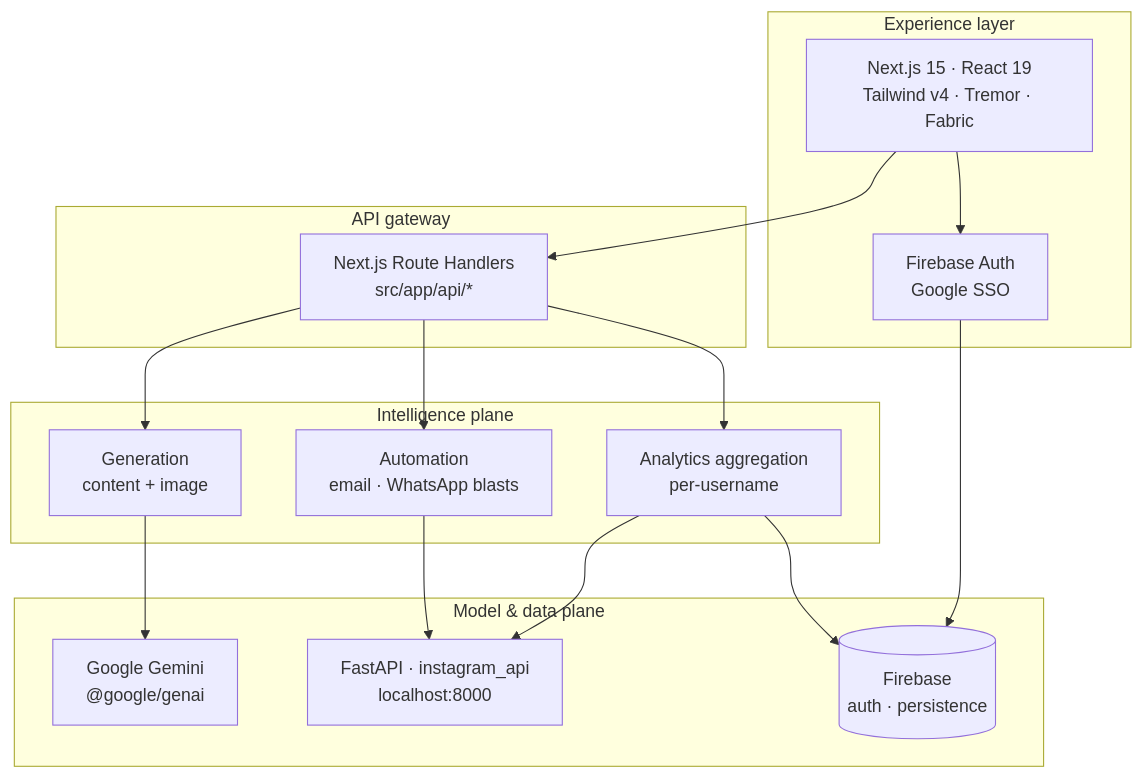
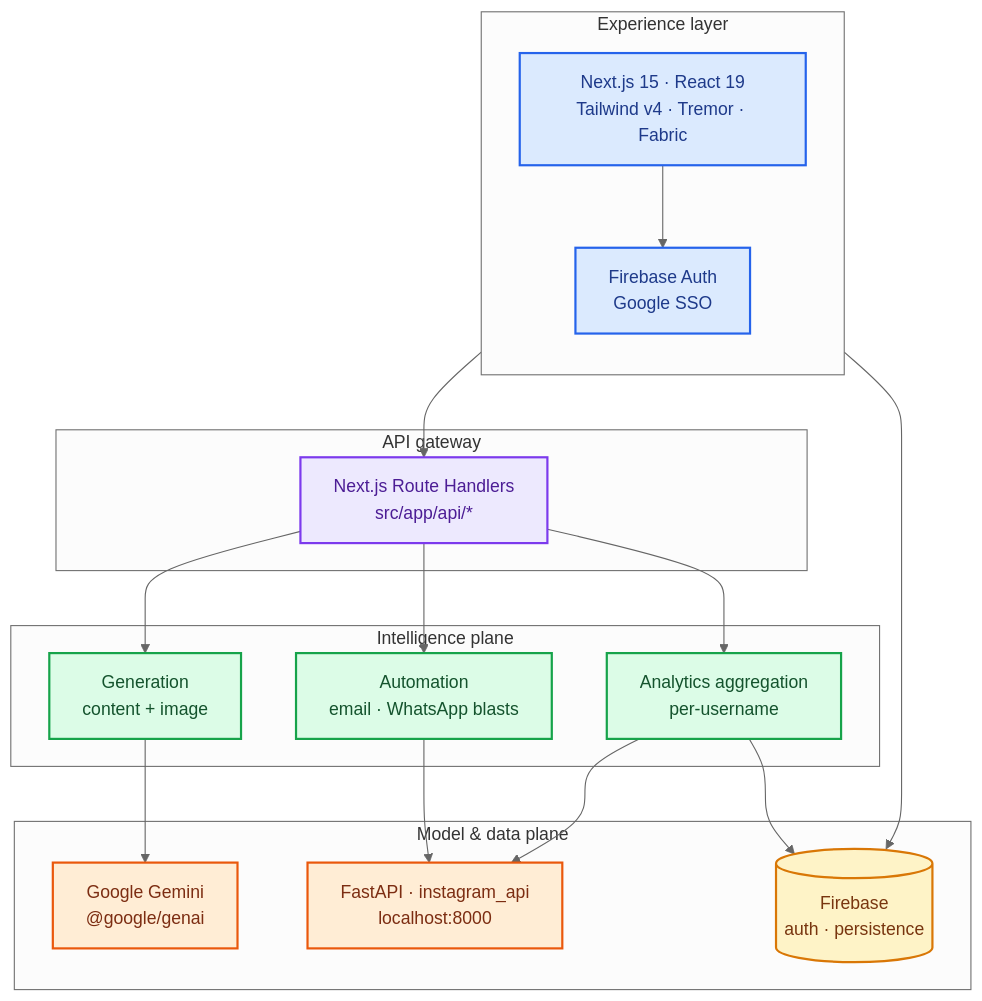
The third of 8 diagrams in README.md (Aniruddh-fullstac/knowmedfia), drawn with Mermaid before and after one commit. The commit also changed other lines of this file, not shown here.

Commit message:
docs: use custom pipeline diagram in README

````diff
--- a/README.md
+++ b/README.md
@@ -111,34 +168,48 @@
 ```mermaid
+%%{init: { "theme": "neutral" }}%%
 flowchart TB
   subgraph Experience["Experience layer"]
+    direction TB
     SPA["Next.js 15 · React 19<br/>Tailwind v4 · Tremor · Fabric"]
     AUTH["Firebase Auth<br/>Google SSO"]
   end
 
   subgraph Gateway["API gateway"]
     ROUTES["Next.js Route Handlers<br/>src/app/api/*"]
   end
 
   subgraph Intelligence["Intelligence plane"]
     GEN["Generation<br/>content + image"]
     AUTO["Automation<br/>email · WhatsApp blasts"]
     ANA["Analytics aggregation<br/>per-username"]
   end
 
   subgraph Providers["Model & data plane"]
     GEM["Google Gemini<br/>@google/genai"]
     IG["FastAPI · instagram_api<br/>localhost:8000"]
     FB[("Firebase<br/>auth · persistence")]
   end
 
   SPA --> AUTH
   SPA --> ROUTES
   ROUTES --> GEN
   ROUTES --> AUTO
   ROUTES --> ANA
   GEN --> GEM
   AUTO --> IG
   ANA --> IG
   ANA --> FB
   AUTH --> FB
+
+  classDef exp fill:#dbeafe,stroke:#2563eb,stroke-width:2px,color:#1e3a8a
+  classDef gw fill:#ede9fe,stroke:#7c3aed,stroke-width:2px,color:#4c1d95
+  classDef intel fill:#dcfce7,stroke:#16a34a,stroke-width:2px,color:#14532d
+  classDef data fill:#ffedd5,stroke:#ea580c,stroke-width:2px,color:#7c2d12
+  classDef db fill:#fef3c7,stroke:#d97706,stroke-width:2px,color:#78350f
+
+  class SPA,AUTH exp
+  class ROUTES gw
+  class GEN,AUTO,ANA intel
+  class GEM,IG data
+  class FB db
 ```
````
